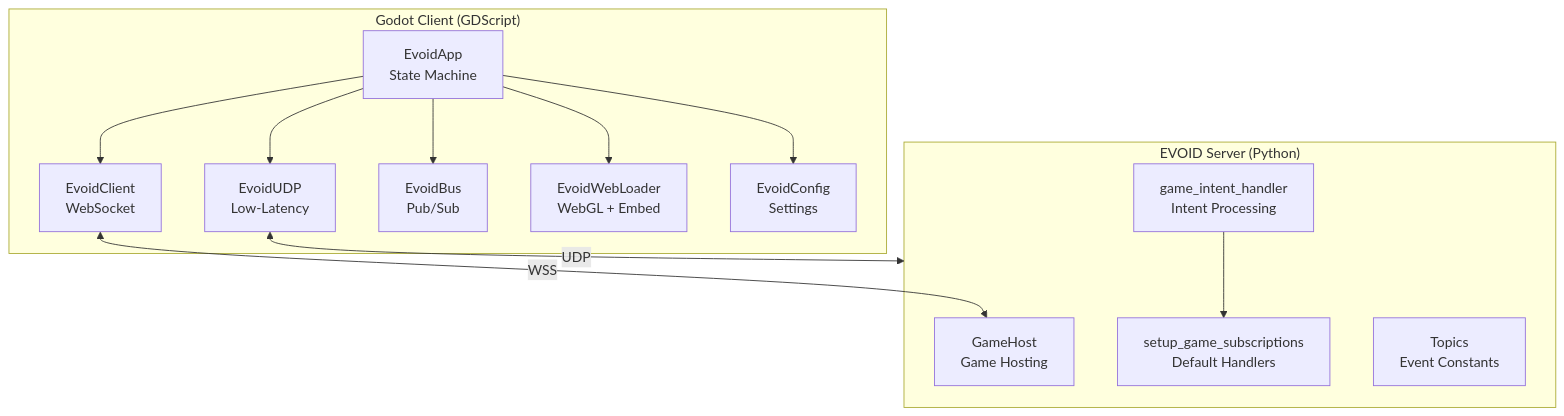
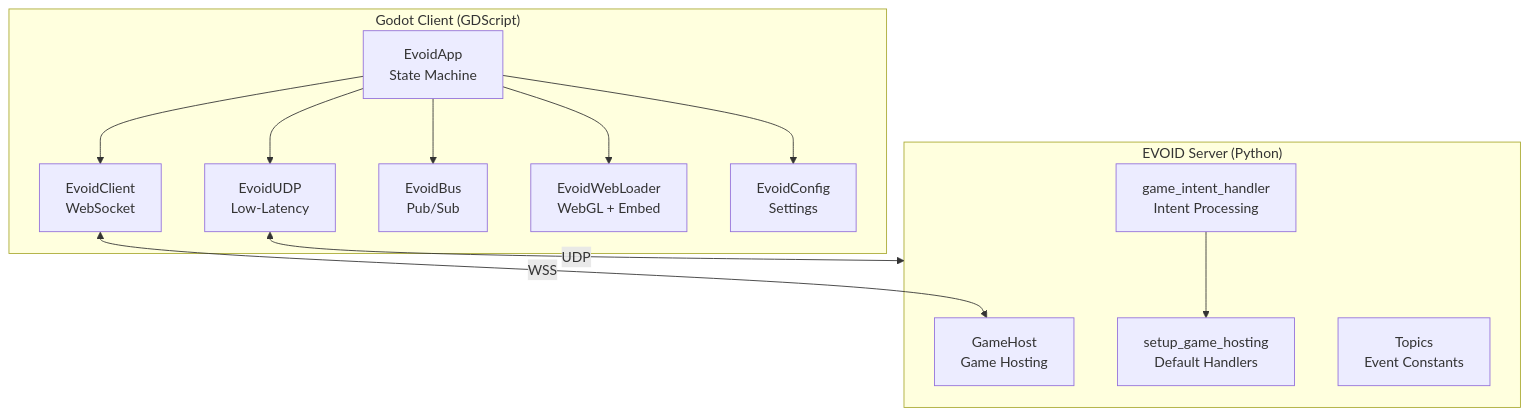
Before and after one commit to A1i98/EVOID: the first of 2 diagrams in docs/docs-astro/src/content/docs/godot/overview.md, drawn with Mermaid. The commit also changed other lines of this file and 34 other files, not shown here.

````diff
--- a/docs/docs-astro/src/content/docs/godot/overview.md
+++ b/docs/docs-astro/src/content/docs/godot/overview.md
@@ -20,27 +20,27 @@
 ```mermaid
 graph TB
     subgraph Godot["Godot Client (GDScript)"]
         App[EvoidApp<br/>State Machine]
         Client[EvoidClient<br/>WebSocket]
         UDP[EvoidUDP<br/>Low-Latency]
         Bus[EvoidBus<br/>Pub/Sub]
         Loader[EvoidWebLoader<br/>WebGL + Embed]
         Config[EvoidConfig<br/>Settings]
     end
 
     subgraph Server["EVOID Server (Python)"]
         GH[GameHost<br/>Game Hosting]
         Handler[game_intent_handler<br/>Intent Processing]
-        Subs[setup_game_subscriptions<br/>Default Handlers]
+        Subs[setup_game_hosting<br/>Default Handlers]
         Topics[Topics<br/>Event Constants]
     end
 
     App --> Client
     App --> UDP
     App --> Bus
     App --> Loader
     App --> Config
     Client <-->|WSS| GH
     UDP <-->|UDP| Server
     Handler --> Subs
 ```
````
